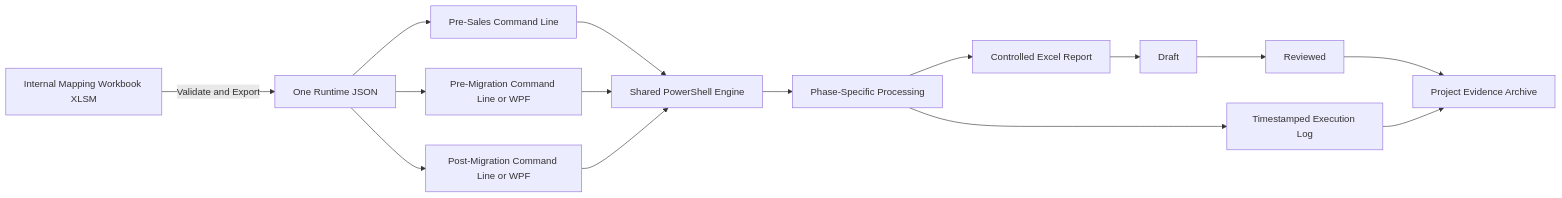
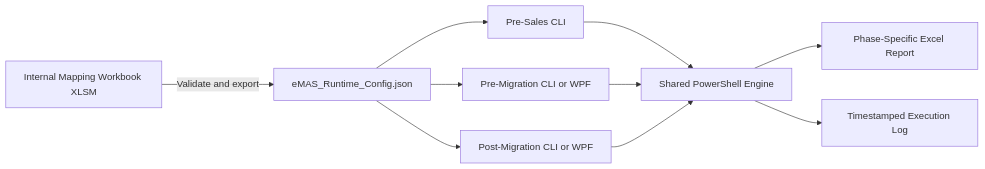
The diagram in README.md (MightyM-ouse/eMAS), drawn with Mermaid before and after one commit. The commit also changed other lines of this file, not shown here.

````diff
--- a/README.md
+++ b/README.md
@@ -13,21 +11,12 @@
 ```mermaid
 flowchart LR
-    A[Internal Mapping Workbook XLSM] -->|Validate and Export| B[One Runtime JSON]
-
-    B --> C[Pre-Sales Command Line]
-    B --> D[Pre-Migration Command Line or WPF]
-    B --> E[Post-Migration Command Line or WPF]
-
+    A[Internal Mapping Workbook XLSM] -->|Validate and export| B[eMAS_Runtime_Config.json]
+    B --> C[Pre-Sales CLI]
+    B --> D[Pre-Migration CLI or WPF]
+    B --> E[Post-Migration CLI or WPF]
     C --> F[Shared PowerShell Engine]
     D --> F
     E --> F
-
-    F --> G[Phase-Specific Processing]
-    G --> H[Controlled Excel Report]
-    G --> I[Timestamped Execution Log]
-
-    H --> J[Draft]
-    J --> K[Reviewed]
-    K --> L[Project Evidence Archive]
-    I --> L
+    F --> G[Phase-Specific Excel Report]
+    F --> H[Timestamped Execution Log]
 ```
````
